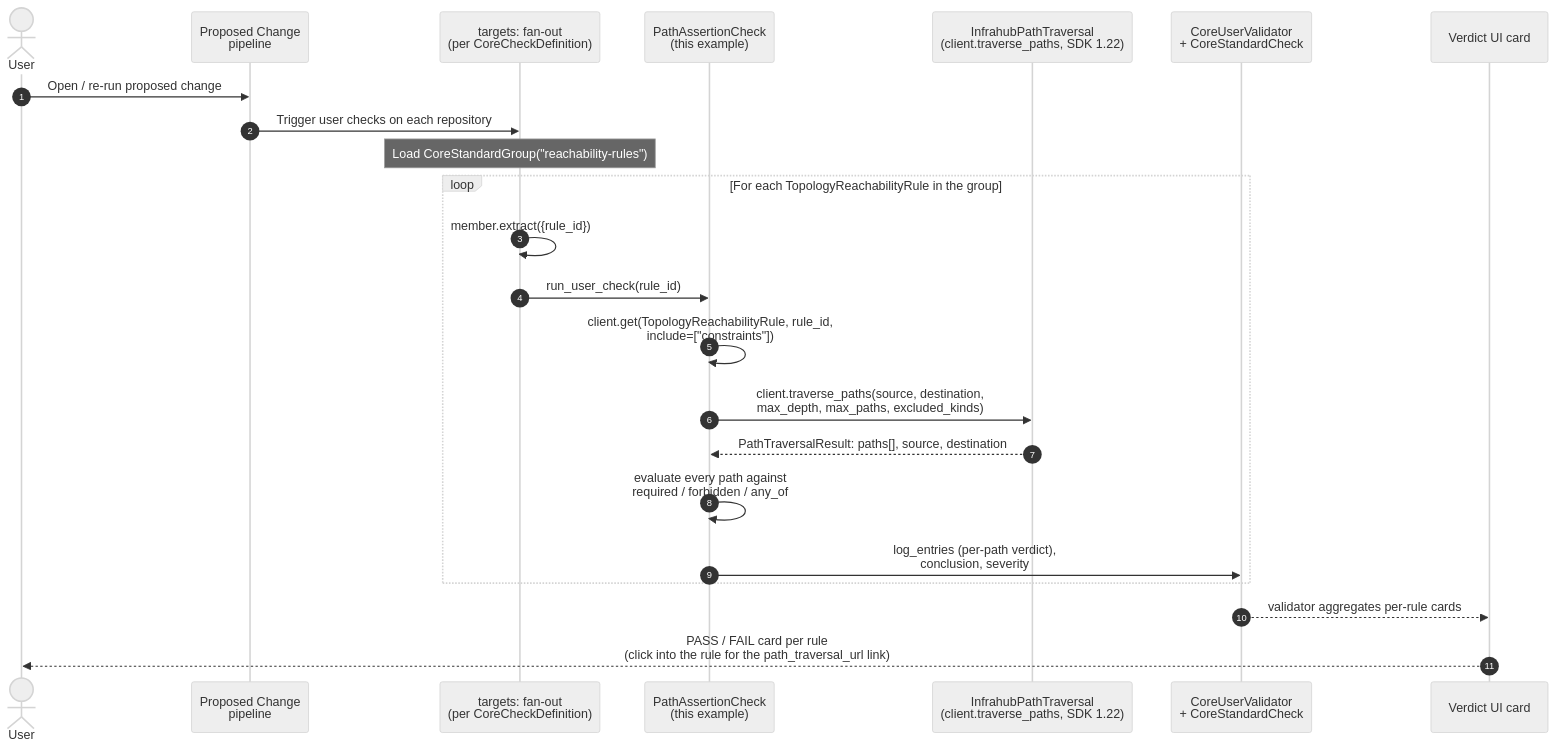
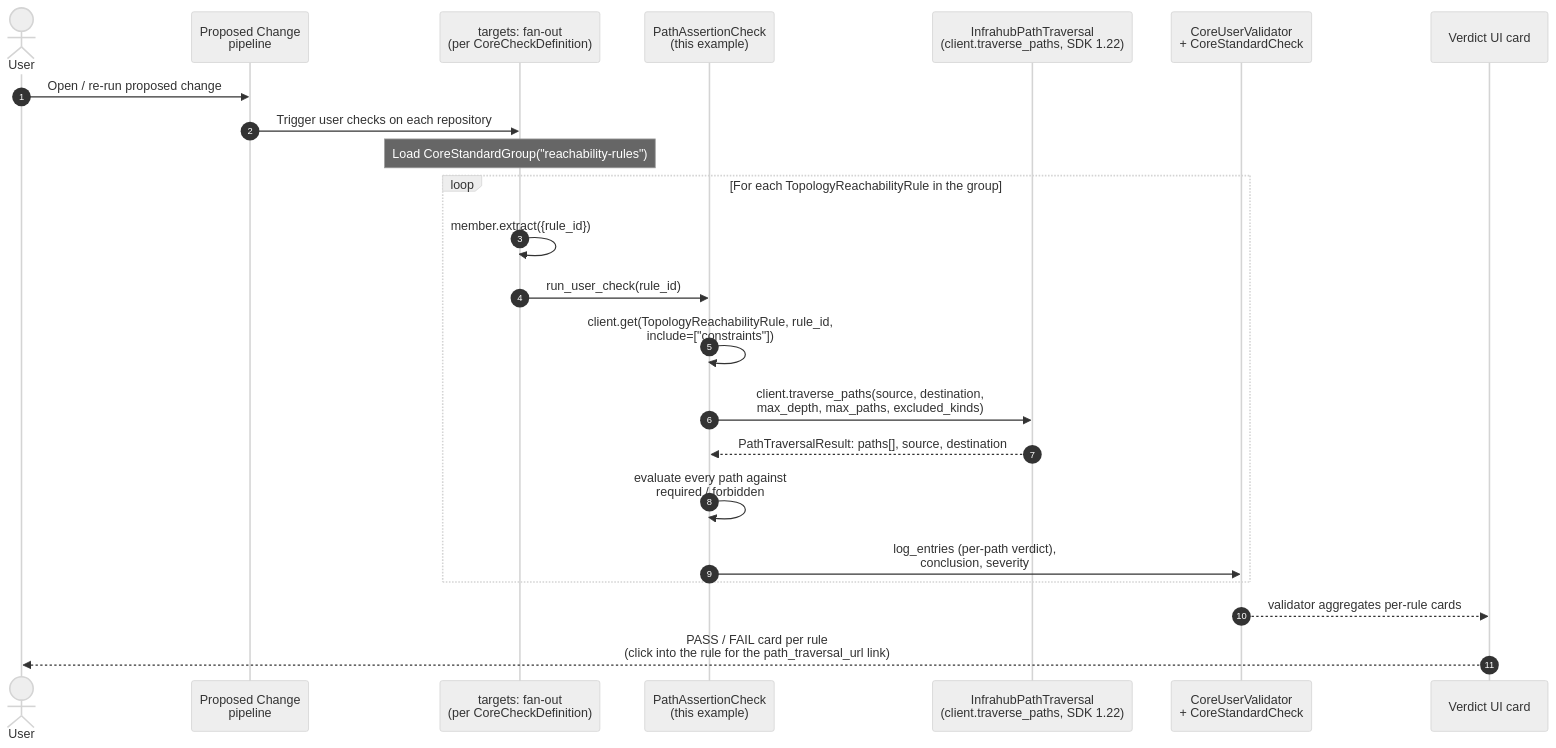
Before and after one commit to opsmill/infrahub-demo-reachability-check: the first of 2 diagrams in README.md, drawn with Mermaid (neutral theme). The commit also changed other lines of this file and 6 other files, not shown here.

````diff
--- a/README.md
+++ b/README.md
@@ -167,26 +167,26 @@
 ```mermaid
 sequenceDiagram
     autonumber
     actor User
     participant PC as Proposed Change<br/>pipeline
     participant Fan as targets: fan-out<br/>(per CoreCheckDefinition)
     participant Check as PathAssertionCheck<br/>(this example)
     participant GQL as InfrahubPathTraversal<br/>(client.traverse_paths, SDK 1.22)
     participant Verdict as CoreUserValidator<br/>+ CoreStandardCheck
     participant UI as Verdict UI card
 
     User->>PC: Open / re-run proposed change
     PC->>Fan: Trigger user checks on each repository
     Note over Fan: Load CoreStandardGroup("reachability-rules")
     loop For each TopologyReachabilityRule in the group
         Fan->>Fan: member.extract({rule_id})
         Fan->>Check: run_user_check(rule_id)
         Check->>Check: client.get(TopologyReachabilityRule, rule_id,<br/>include=["constraints"])
         Check->>GQL: client.traverse_paths(source, destination,<br/>max_depth, max_paths, excluded_kinds)
         GQL-->>Check: PathTraversalResult: paths[], source, destination
-        Check->>Check: evaluate every path against<br/>required / forbidden / any_of
+        Check->>Check: evaluate every path against<br/>required / forbidden
         Check->>Verdict: log_entries (per-path verdict),<br/>conclusion, severity
     end
     Verdict-->>UI: validator aggregates per-rule cards
     UI-->>User: PASS / FAIL card per rule<br/>(click into the rule for the path_traversal_url link)
 ```
````
